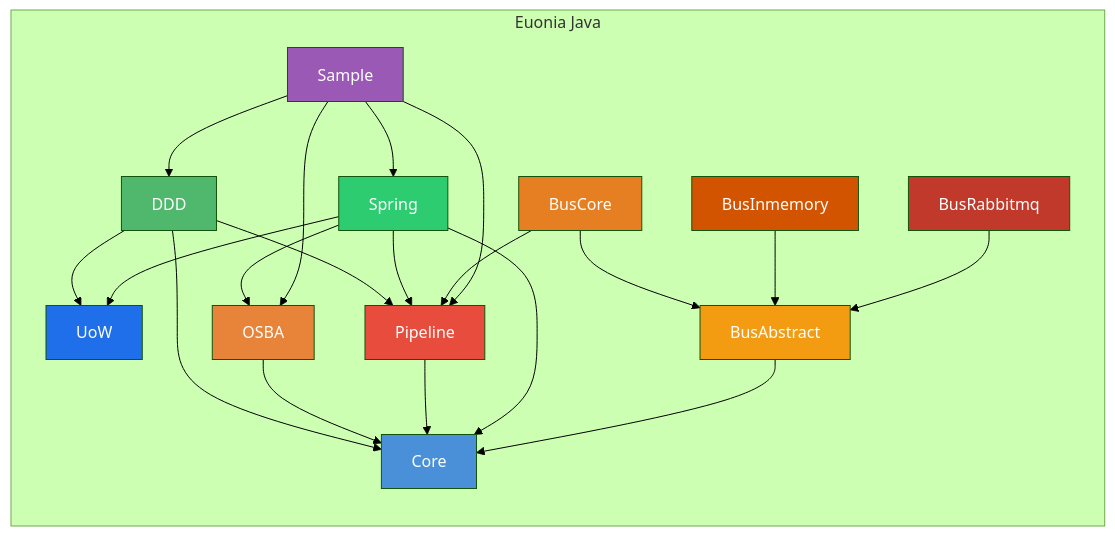
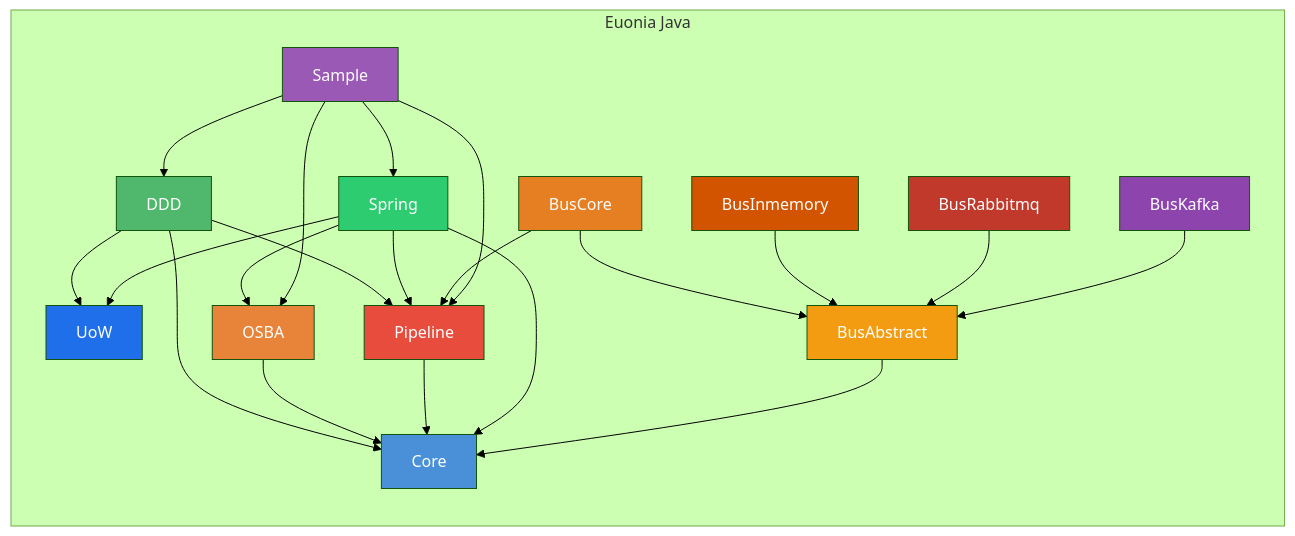
Before and after one commit to NerosoftDev/euonia-java: the diagram in README.en.md, drawn with Mermaid (forest theme). The commit also changed other lines of this file and 2 other files, not shown here.

Commit message:
feat: Add Bus Kafka module and update documentation in README

````diff
--- a/README.en.md
+++ b/README.en.md
@@ -13,36 +13,38 @@
 ```mermaid
 graph TD
     subgraph "Euonia Java"
         direction TB
         DDD --> Core
         DDD --> UoW
         DDD --> Pipeline
         OSBA --> Core
         Pipeline --> Core
         Spring --> Core
         Spring --> UoW
         Spring --> OSBA
         Spring --> Pipeline
         BusAbstract --> Core
         BusCore --> BusAbstract
         BusCore --> Pipeline
         BusInmemory --> BusAbstract
         BusRabbitmq --> BusAbstract
+        BusKafka --> BusAbstract
         Sample --> DDD
         Sample --> OSBA
         Sample --> Pipeline
         Sample --> Spring
     end
 
     style Core fill:#4A90D9,color:#fff
     style DDD fill:#50B86C,color:#fff
     style UoW fill:#1F6FEB,color:#fff
     style OSBA fill:#E8833A,color:#fff
     style Pipeline fill:#E74C3C,color:#fff
     style Spring fill:#2ECC71,color:#fff
     style BusAbstract fill:#F39C12,color:#fff
     style BusCore fill:#E67E22,color:#fff
     style BusInmemory fill:#D35400,color:#fff
     style BusRabbitmq fill:#C0392B,color:#fff
+    style BusKafka fill:#8E44AD,color:#fff
     style Sample fill:#9B59B6,color:#fff
 ```
````
